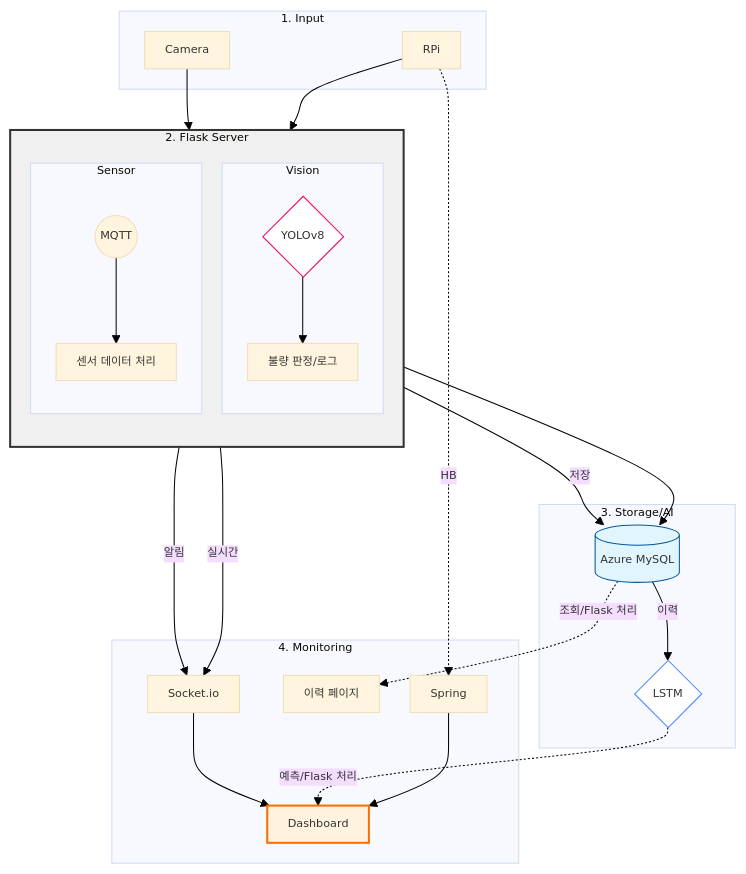
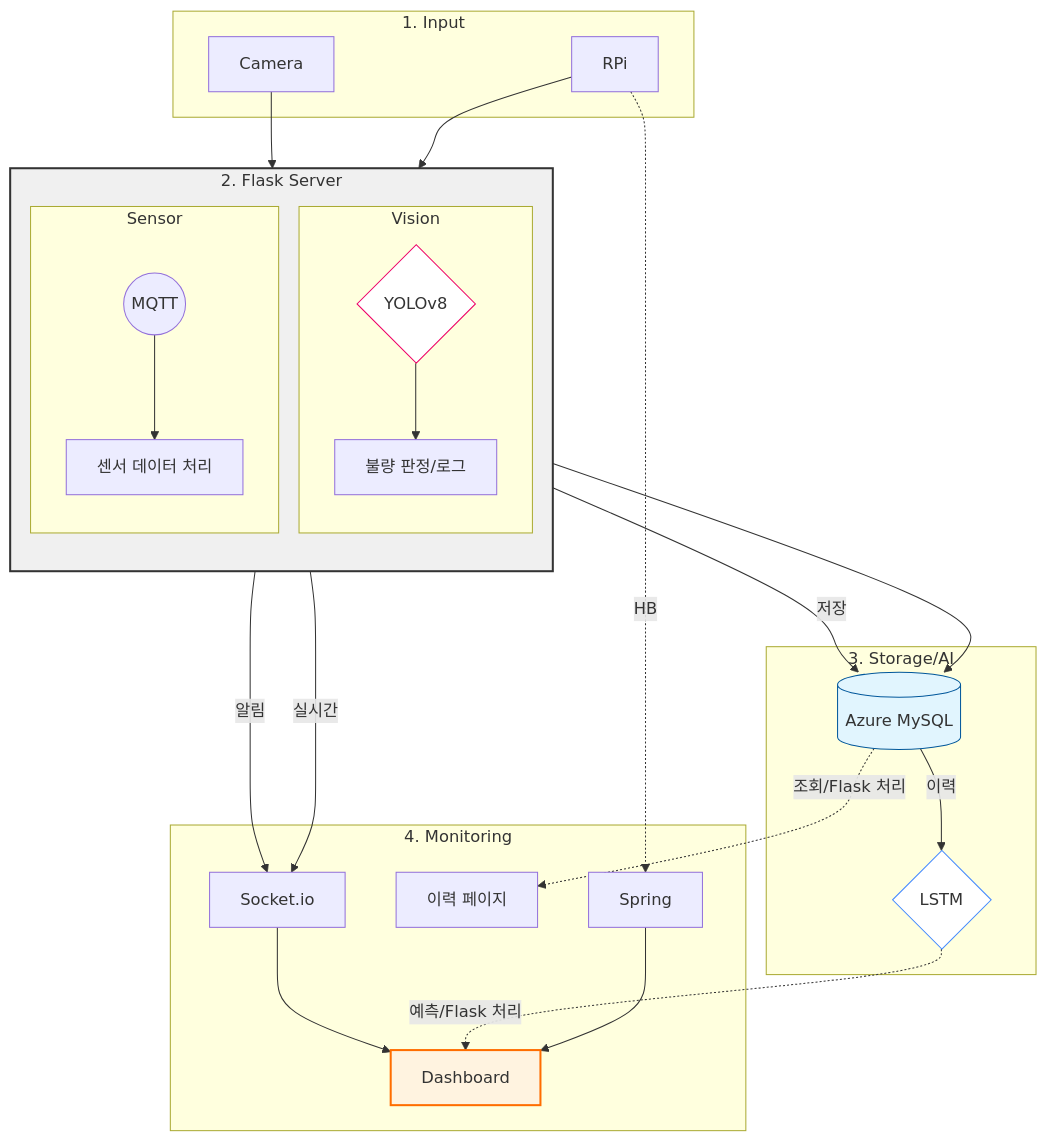
Before and after one commit to ss-oh/spider_front: the diagram in README.md, drawn with Mermaid.

````diff
--- a/README.md
+++ b/README.md
@@ -100,50 +100,50 @@
 ```mermaid
-%%{init: {'theme':'base', 'themeVariables': {'fontSize':'11px', 'background':'#FFFFFF'}, 'flowchart': {'nodeSpacing': 30, 'rankSpacing': 40, 'padding': 10}}}%%
+%%{init: {'theme':'base', 'themeVariables': {'fontSize':'11px', 'background':'#FFFFFF' %%}, 'flowchart': {'nodeSpacing': 30, 'rankSpacing': 40, 'padding': 10}}}%%
 graph TD
     %% 1. Data Collection
     subgraph IN ["1. Input"]
         CAM[Camera]
         RPi[RPi]
     end
     %% 2. Central Controller (Flask)
     subgraph CC ["2. Flask Server"]
         direction TB
         subgraph VP ["Vision"]
             YOLO{"YOLOv8"} --> YL[불량 판정/로그]
         end
         subgraph SP ["Sensor"]
             MQ((MQTT)) --> SPc[센서 데이터 처리]
         end
     end
     %% 3. Storage & AI
     subgraph ST ["3. Storage/AI"]
         DB[(Azure MySQL)]
         LSTM{"LSTM"}
     end
     %% 4. Monitoring
     subgraph MN ["4. Monitoring"]
         SIO[Socket.io]
         UI[Dashboard]
         UL[이력 페이지]
         SB[Spring]
     end
     %% Flow
     CAM --> YOLO
     YL -->|알림| SIO
     YL -->|저장| DB
     SIO --> UI
     RPi --> MQ
     SPc --> DB
     SPc -->|실시간| SIO
     DB -->|이력| LSTM
     LSTM -.->|예측/Flask 처리| UI
     DB -.->|조회/Flask 처리| UL
     RPi -.->|HB| SB
     SB --> UI
     %% 스타일링
     style CC fill:#f0f0f0,stroke:#333,stroke-width:2px
     style YOLO fill:#fff,stroke:#e06,stroke-width:1px
     style LSTM fill:#fff,stroke:#448aff,stroke-width:1px
     style DB fill:#e1f5fe,stroke:#01579b
     style UI fill:#fff3e0,stroke:#ff6d00,stroke-width:2px
 ```
````
